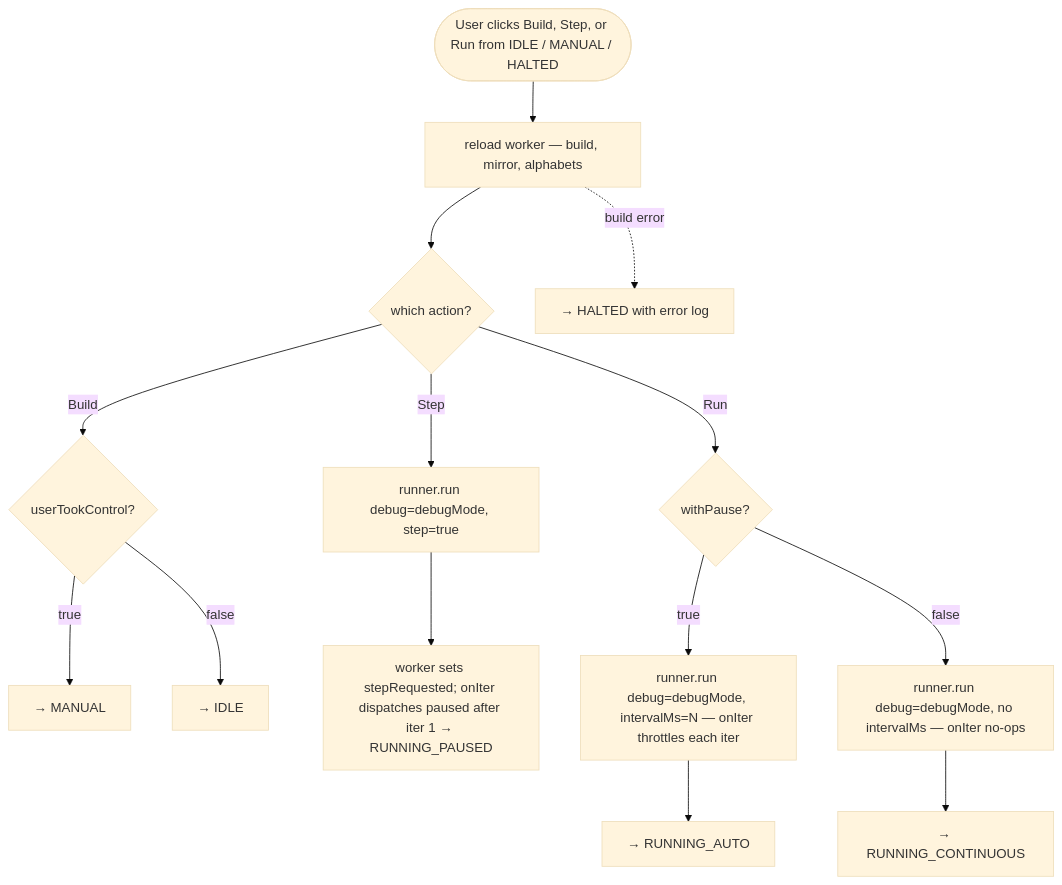
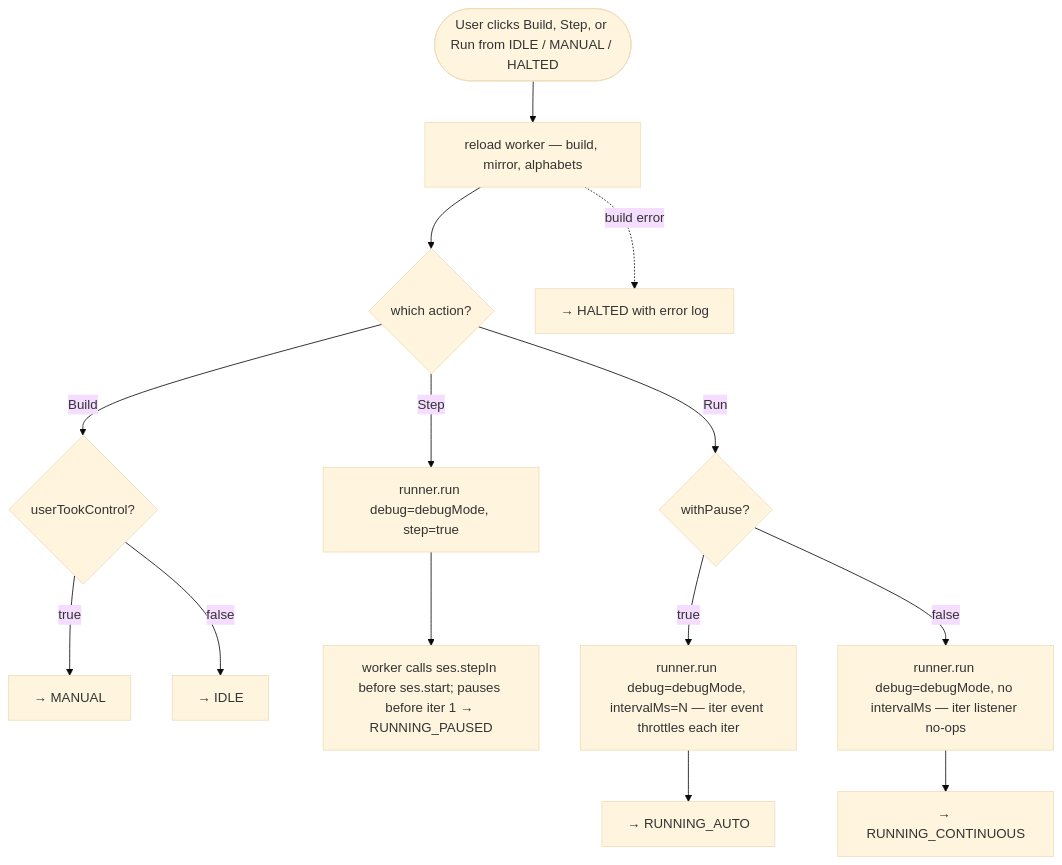
The second of 3 diagrams in docs/execution-model.md (mellonis/machines-demo), drawn with Mermaid (base theme) before and after one commit. The commit also changed other lines of this file, not shown here.

First line of the commit message:
docs: refresh execution-model.md for the engine DebugSession model (#81)

````diff
--- a/docs/execution-model.md
+++ b/docs/execution-model.md
@@ -179,17 +179,17 @@
 ```mermaid
 flowchart TD
     Start([User clicks Build, Step, or Run from IDLE / MANUAL / HALTED])
     Start --> Reload[reload worker — build, mirror, alphabets]
     Reload --> Action{which action?}
     Reload -. build error .-> ErrorOut[→ HALTED with error log]
     Action -->|Build| Resolve1{userTookControl?}
     Resolve1 -->|true| ManualOut[→ MANUAL]
     Resolve1 -->|false| IdleOut[→ IDLE]
     Action -->|Step| RunStep[runner.run debug=debugMode, step=true]
-    RunStep --> PauseOut[worker sets stepRequested; onIter dispatches paused after iter 1 → RUNNING_PAUSED]
+    RunStep --> PauseOut[worker calls ses.stepIn before ses.start; pauses before iter 1 → RUNNING_PAUSED]
     Action -->|Run| WithPause{withPause?}
-    WithPause -->|true| RunAuto[runner.run debug=debugMode, intervalMs=N — onIter throttles each iter]
+    WithPause -->|true| RunAuto[runner.run debug=debugMode, intervalMs=N — iter event throttles each iter]
     RunAuto --> AutoOut[→ RUNNING_AUTO]
-    WithPause -->|false| RunCont[runner.run debug=debugMode, no intervalMs — onIter no-ops]
+    WithPause -->|false| RunCont[runner.run debug=debugMode, no intervalMs — iter listener no-ops]
     RunCont --> ContOut[→ RUNNING_CONTINUOUS]
 ```
````
